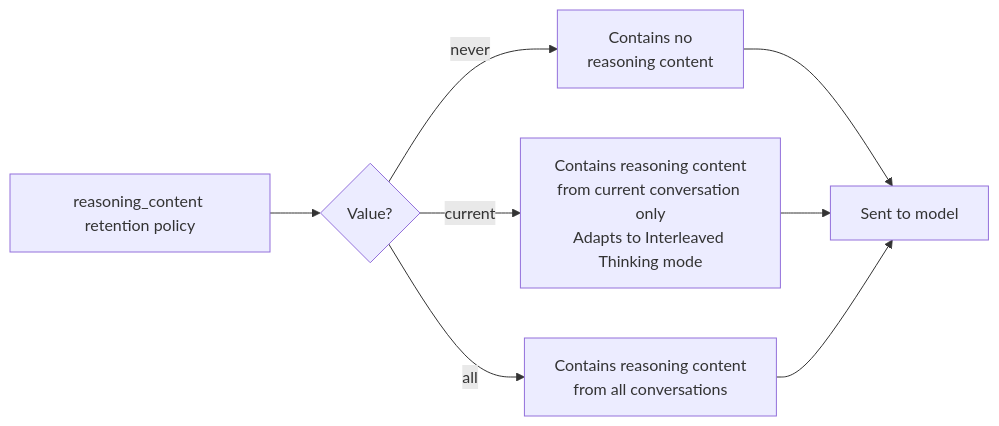
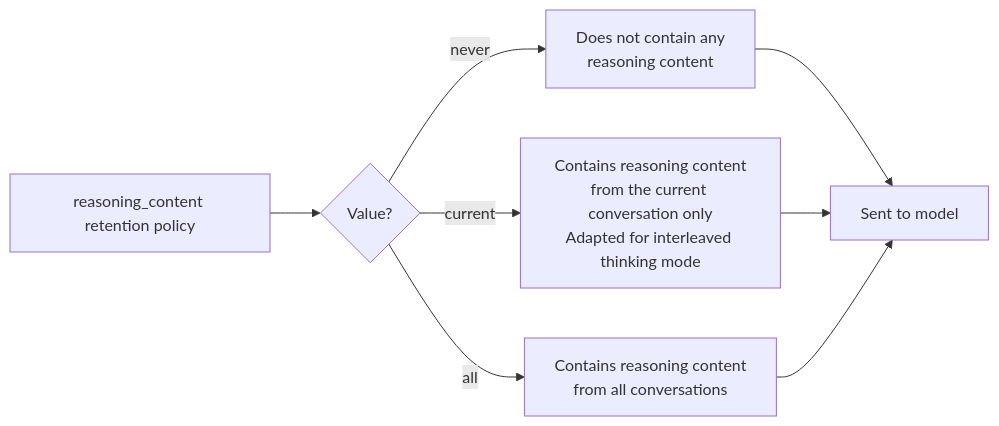
The diagram in docs/en/adavance-guide/openai-compatible/chat.md (TBice123123/langchain-dev-utils), drawn with Mermaid before and after one commit. The commit also changed other lines of this file and 10 other files, not shown here.

````diff
--- a/docs/en/adavance-guide/openai-compatible/chat.md
+++ b/docs/en/adavance-guide/openai-compatible/chat.md
@@ -391,10 +391,10 @@
     ```mermaid
     graph LR
         A[reasoning_content retention policy] --> B{Value?};
-        B -->|never| C[Contains no<br>reasoning content];
-        B -->|current| D[Contains reasoning content<br>from current conversation only<br>Adapts to Interleaved Thinking mode];
+        B -->|never| C[Does not contain any<br>reasoning content];
+        B -->|current| D[Contains reasoning content<br>from the current conversation only<br>Adapted for interleaved thinking mode];
         B -->|all| E[Contains reasoning content<br>from all conversations];
         C --> F[Sent to model];
         D --> F;
         E --> F;
     ```
````
